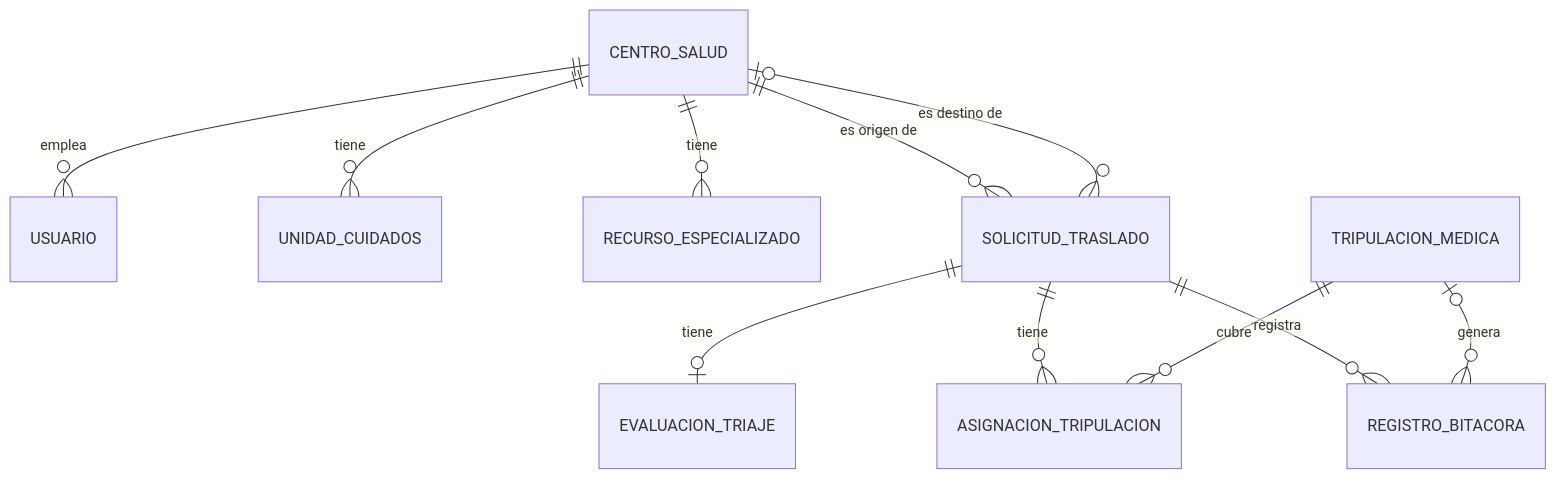
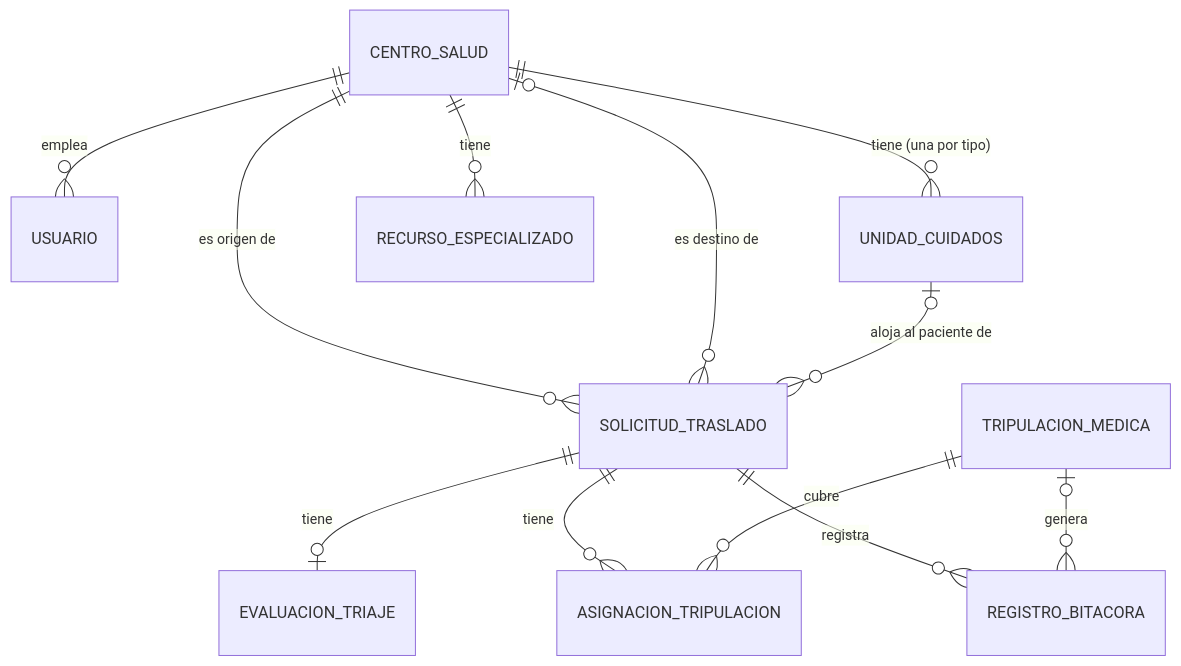
Before and after one commit to MateoDip/CareRoute: the diagram in README.md, drawn with Mermaid. The commit also changed other lines of this file and 4 other files, not shown here.

First line of the commit message:
docs: README, spec, diagramas y AGENTS al día con lo de hoy

````diff
--- a/README.md
+++ b/README.md
@@ -82,13 +85,14 @@
 ```mermaid
 erDiagram
     CENTRO_SALUD ||--o{ USUARIO : "emplea"
-    CENTRO_SALUD ||--o{ UNIDAD_CUIDADOS : "tiene"
+    CENTRO_SALUD ||--o{ UNIDAD_CUIDADOS : "tiene (una por tipo)"
     CENTRO_SALUD ||--o{ RECURSO_ESPECIALIZADO : "tiene"
     CENTRO_SALUD ||--o{ SOLICITUD_TRASLADO : "es origen de"
     CENTRO_SALUD |o--o{ SOLICITUD_TRASLADO : "es destino de"
     SOLICITUD_TRASLADO ||--o| EVALUACION_TRIAJE : "tiene"
+    UNIDAD_CUIDADOS |o--o{ SOLICITUD_TRASLADO : "aloja al paciente de"
     SOLICITUD_TRASLADO ||--o{ ASIGNACION_TRIPULACION : "tiene"
     TRIPULACION_MEDICA ||--o{ ASIGNACION_TRIPULACION : "cubre"
     SOLICITUD_TRASLADO ||--o{ REGISTRO_BITACORA : "registra"
     TRIPULACION_MEDICA |o--o{ REGISTRO_BITACORA : "genera"
 ```
````
